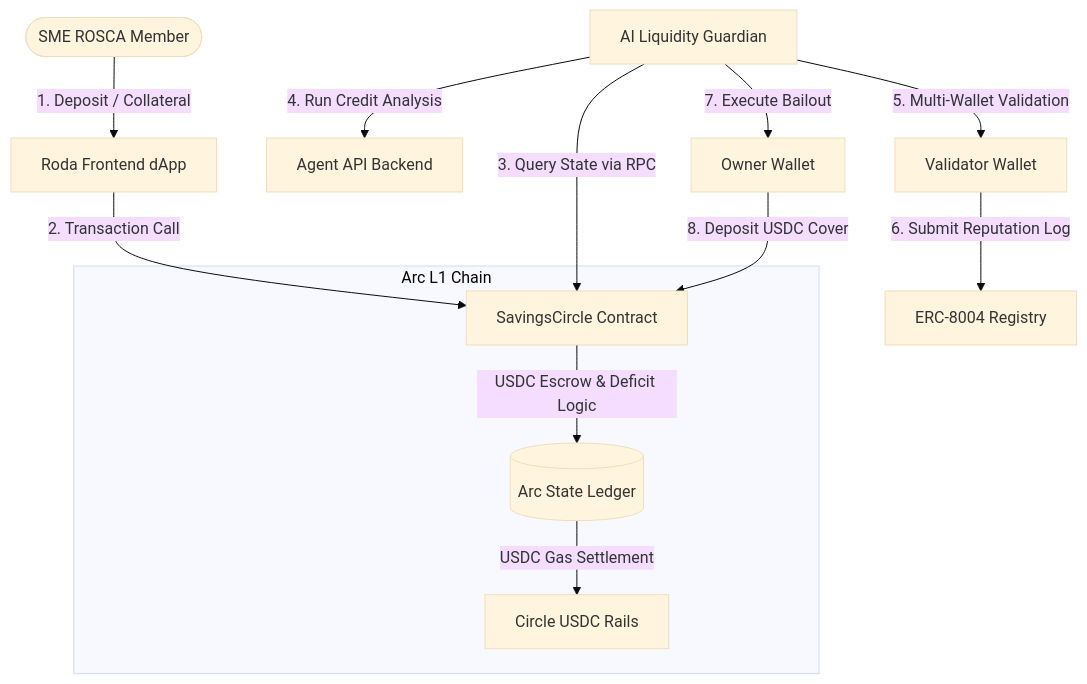
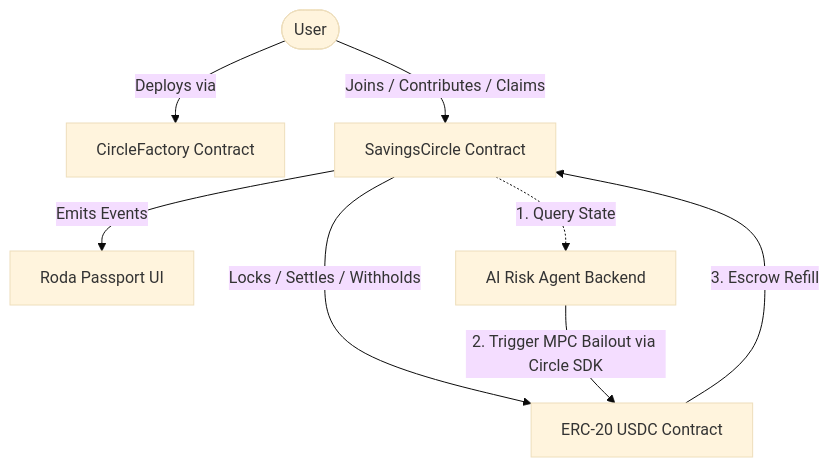
The diagram in README.md (Lesnak1/Roda), drawn with Mermaid (base theme) before and after one commit.

Commit message:
docs: restore original working Mermaid flowchart for Protocol Architecture

````diff
--- a/README.md
+++ b/README.md
@@ -36,19 +36,18 @@
 ```mermaid
-graph TD
-    User([SME ROSCA Member]) -->|1. Deposit / Collateral| WebApp[Roda Frontend dApp]
-    WebApp -->|2. Transaction Call| Circle[SavingsCircle Contract]
+flowchart TD
+    User([User])
+    Factory[CircleFactory Contract]
+    Circle[SavingsCircle Contract]
+    USDC[ERC-20 USDC Contract]
+    Rep[Roda Passport UI]
+    AIAgent[AI Risk Agent Backend]
+
+    User -->|Deploys via| Factory
+    User -->|Joins / Contributes / Claims| Circle
+    Circle -->|Locks / Settles / Withholds| USDC
+    Circle -->|Emits Events| Rep
     
-    subgraph Arc L1 Chain
-        Circle -->|USDC Escrow & Deficit Logic| Ledger[(Arc State Ledger)]
-        Ledger -->|USDC Gas Settlement| CircleSDK[Circle USDC Rails]
-    end
-
-    AIAgent[AI Liquidity Guardian] -->|3. Query State via RPC| Circle
-    AIAgent -->|4. Run Credit Analysis| Backend[Agent API Backend]
-    
-    AIAgent -->|5. Multi-Wallet Validation| ValidWallet[Validator Wallet]
-    ValidWallet -->|6. Submit Reputation Log| Reputation[ERC-8004 Registry]
-    
-    AIAgent -->|7. Execute Bailout| OwnerWallet[Owner Wallet]
-    OwnerWallet -->|8. Deposit USDC Cover| Circle
+    Circle -.->|1. Query State| AIAgent
+    AIAgent -->|2. Trigger MPC Bailout via Circle SDK| USDC
+    USDC -->|3. Escrow Refill| Circle
 ```
````
